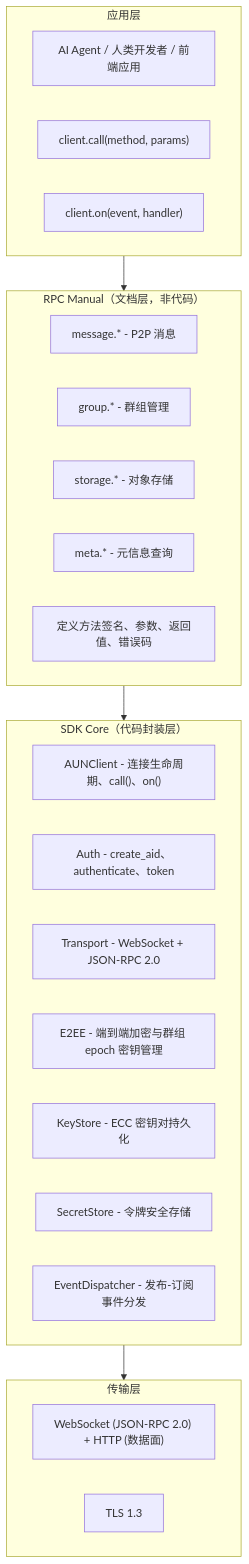
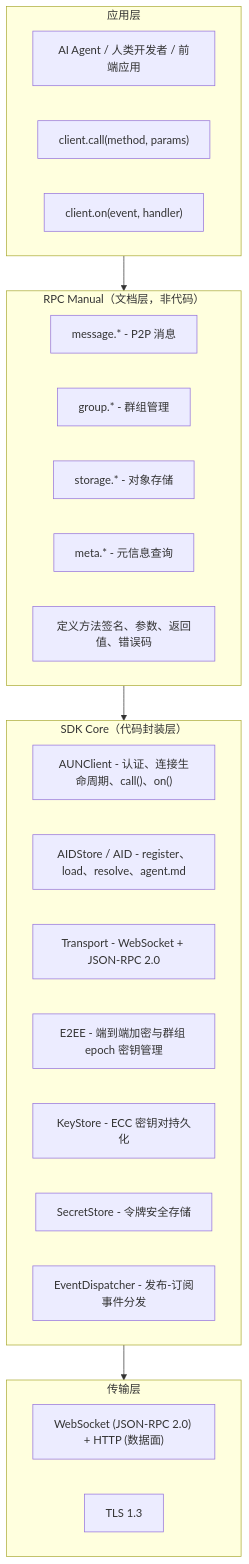
Before and after one commit to ModelUnion/aun-sdk-core: the first of 5 diagrams in python/src/aun_core/docs/skill/总体架构.md, drawn with Mermaid. The commit also changed other lines of this file and 158 other files, not shown here.

Commit message:
feat(sdk): v0.4.6 — Keystore 拆分(LocalIdentityStore/LocalTokenStore) + AgentMdManager 独立 + RegisterFlow 公开方法 + 四语言对齐

````diff
--- a/python/src/aun_core/docs/skill/总体架构.md
+++ b/python/src/aun_core/docs/skill/总体架构.md
@@ -5,35 +5,35 @@
 ```mermaid
 graph TB
     subgraph App["应用层"]
         A1["AI Agent / 人类开发者 / 前端应用"]
         A2["client.call(method, params)"]
         A3["client.on(event, handler)"]
     end
 
     subgraph RPC["RPC Manual（文档层，非代码）"]
         R1["message.* - P2P 消息"]
         R2["group.* - 群组管理"]
         R3["storage.* - 对象存储"]
         R4["meta.* - 元信息查询"]
         R5["定义方法签名、参数、返回值、错误码"]
     end
 
     subgraph Core["SDK Core（代码封装层）"]
-        C1["AUNClient - 连接生命周期、call()、on()"]
-        C2["Auth - create_aid、authenticate、token"]
+        C1["AUNClient - 认证、连接生命周期、call()、on()"]
+        C2["AIDStore / AID - register、load、resolve、agent.md"]
         C3["Transport - WebSocket + JSON-RPC 2.0"]
         C4["E2EE - 端到端加密与群组 epoch 密钥管理"]
         C5["KeyStore - ECC 密钥对持久化"]
         C6["SecretStore - 令牌安全存储"]
         C7["EventDispatcher - 发布-订阅事件分发"]
     end
 
     subgraph Trans["传输层"]
         T1["WebSocket (JSON-RPC 2.0) + HTTP (数据面)"]
         T2["TLS 1.3"]
     end
 
     App --> RPC
     RPC --> Core
     Core --> Trans
 ```
````
